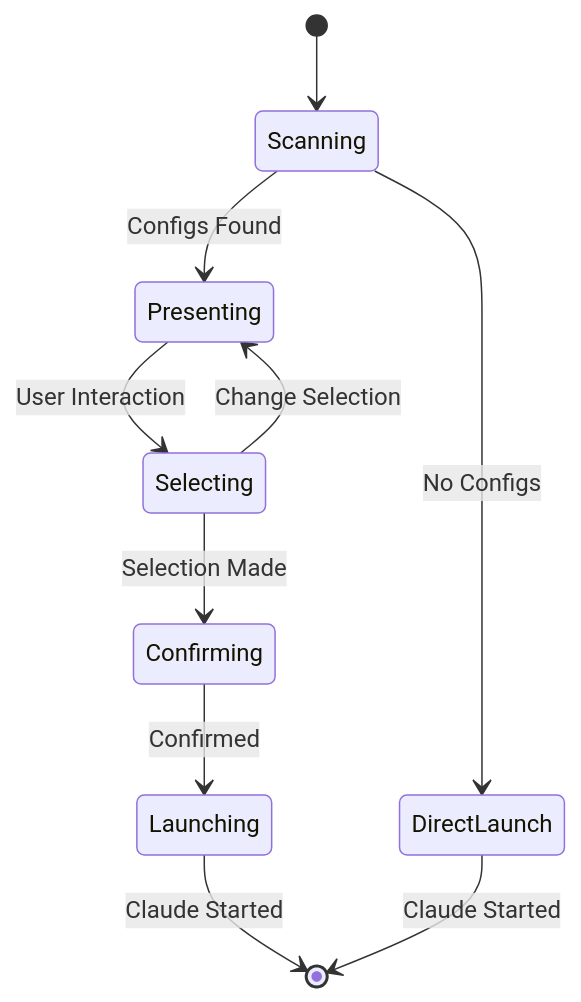
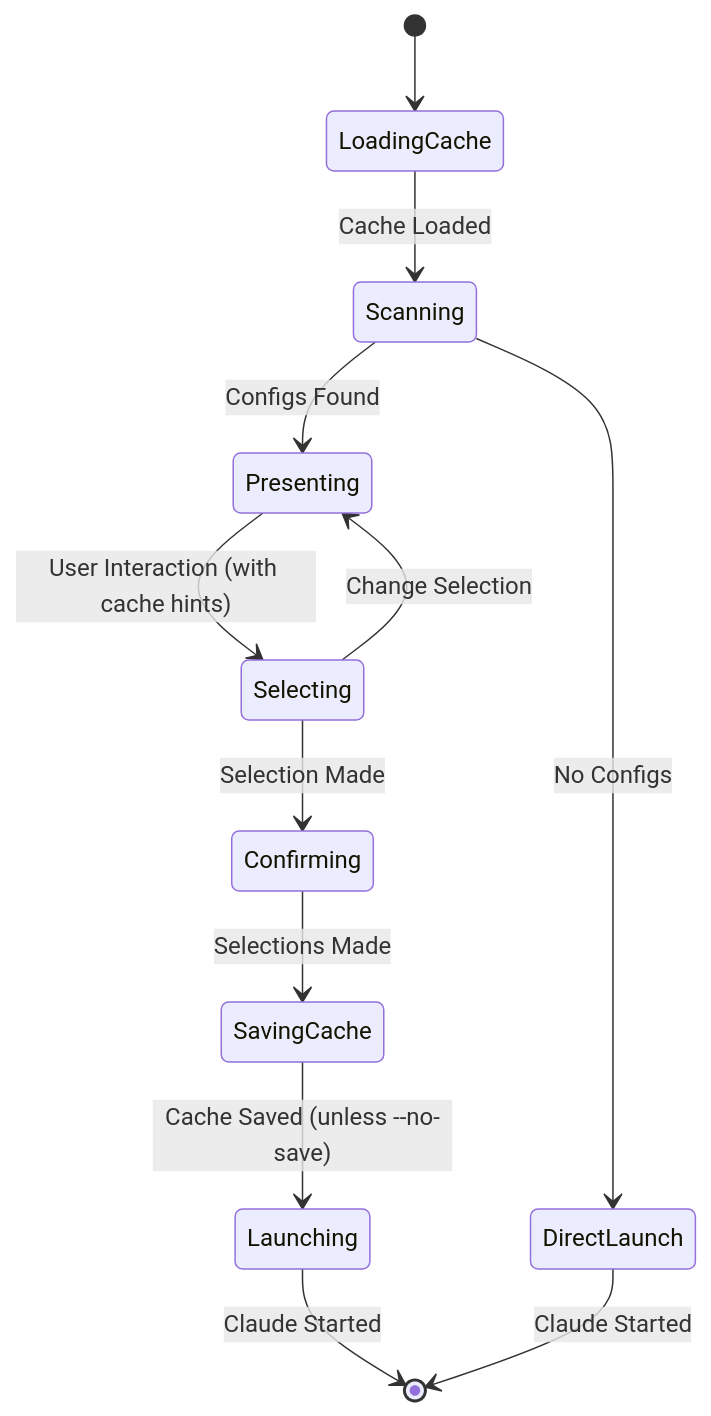
One commit to gsong/ccmcp changed the fifth of 5 diagrams in specs/architecture.md. Above: the diagram before and after it, drawn with Mermaid. The commit also changed other lines of this file and 8 other files, not shown here.

````diff
--- a/specs/architecture.md
+++ b/specs/architecture.md
@@ -249,12 +287,14 @@
 ```mermaid
 stateDiagram-v2
-    [*] --> Scanning
+    [*] --> LoadingCache
+    LoadingCache --> Scanning: Cache Loaded
     Scanning --> Presenting: Configs Found
     Scanning --> DirectLaunch: No Configs
-    Presenting --> Selecting: User Interaction
+    Presenting --> Selecting: User Interaction (with cache hints)
     Selecting --> Confirming: Selection Made
     Selecting --> Presenting: Change Selection
-    Confirming --> Launching: Confirmed
+    Confirming --> SavingCache: Selections Made
+    SavingCache --> Launching: Cache Saved (unless --no-save)
     Launching --> [*]: Claude Started
     DirectLaunch --> [*]: Claude Started
 ```
````
